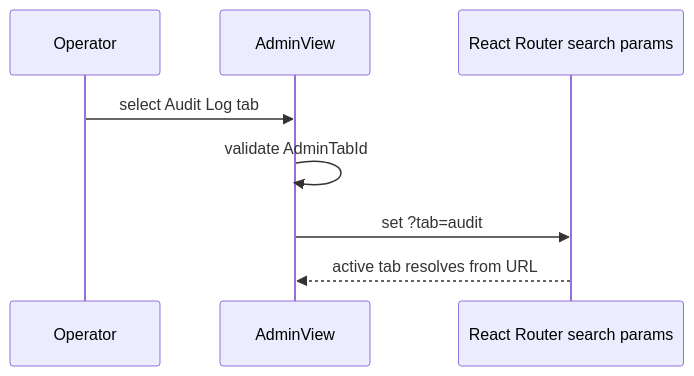
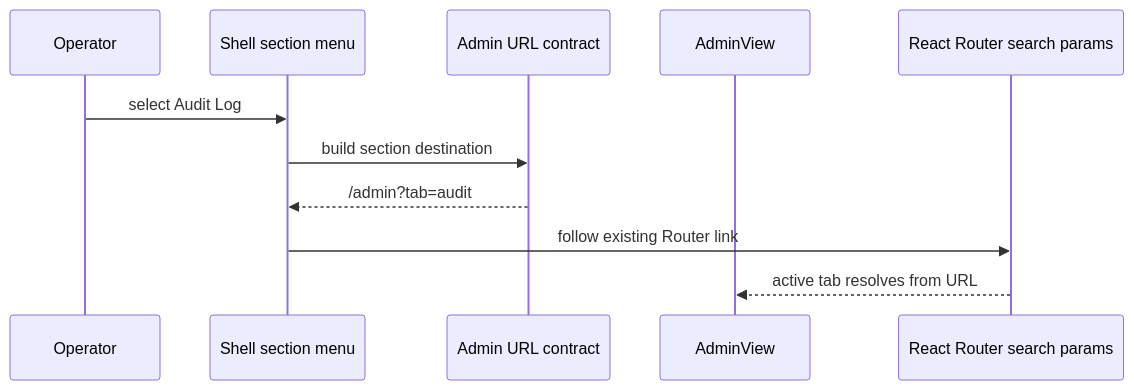
The first of 2 diagrams in docs/architecture/components/web/admin-route-position-component.md (dunay2/dvt), drawn with Mermaid before and after one commit. The commit also changed other lines of this file and 424 other files, not shown here.

````diff
--- a/docs/architecture/components/web/admin-route-position-component.md
+++ b/docs/architecture/components/web/admin-route-position-component.md
@@ -44,11 +52,14 @@
 ```mermaid
 sequenceDiagram
   participant Operator
+  participant Menu as Shell section menu
+  participant Position as Admin URL contract
   participant Admin as AdminView
   participant Router as React Router search params
 
-  Operator->>Admin: select Audit Log tab
-  Admin->>Admin: validate AdminTabId
-  Admin->>Router: set ?tab=audit
+  Operator->>Menu: select Audit Log
+  Menu->>Position: build section destination
+  Position-->>Menu: /admin?tab=audit
+  Menu->>Router: follow existing Router link
   Router-->>Admin: active tab resolves from URL
 ```
````
